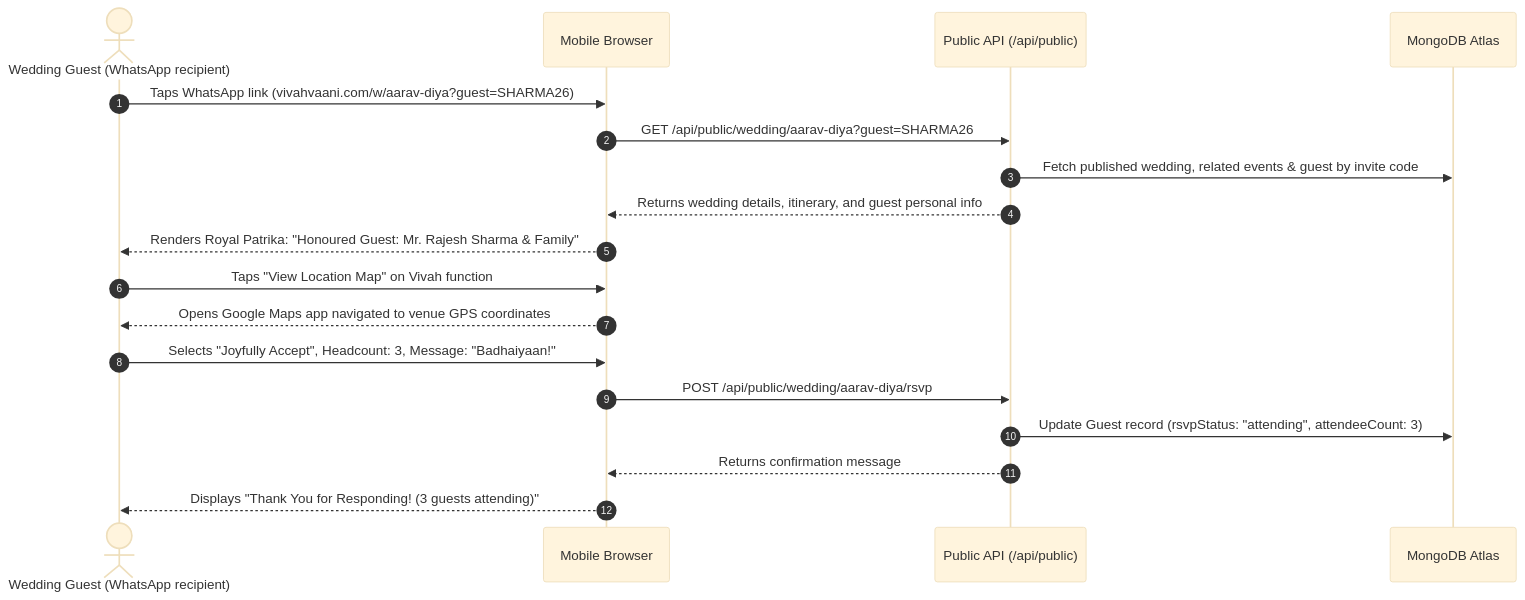
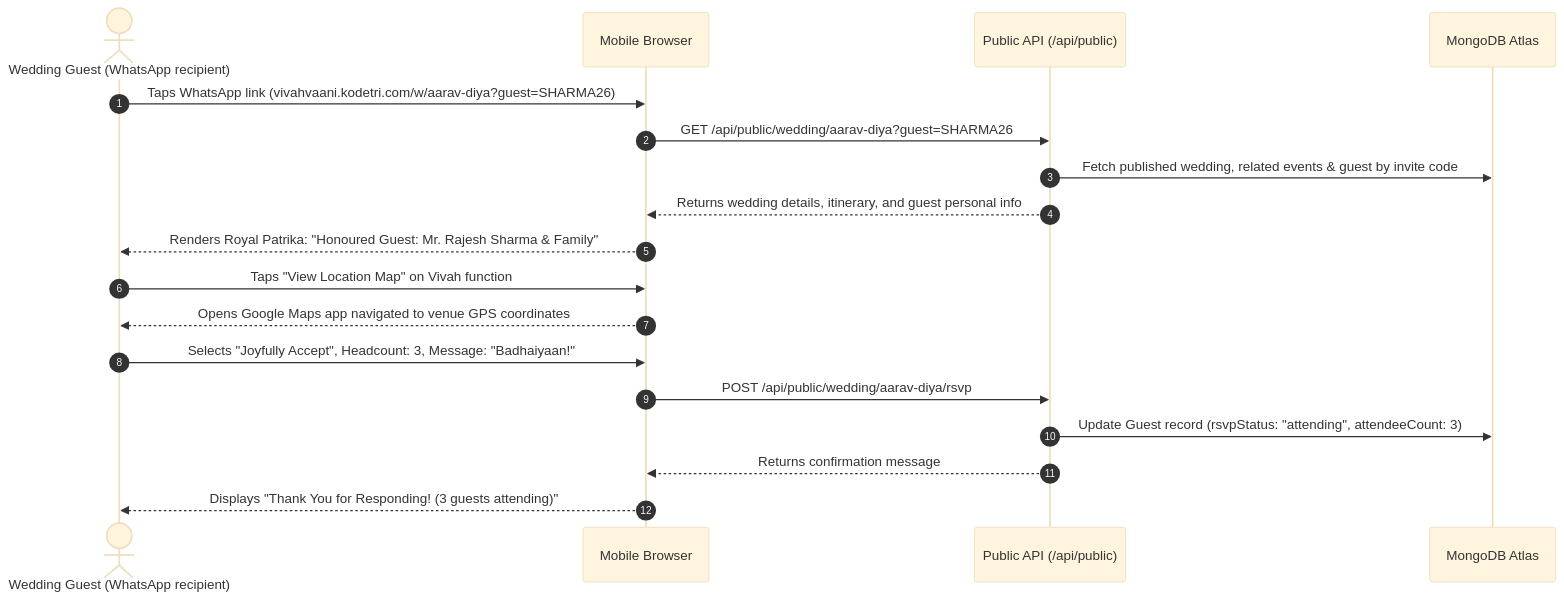
Before and after one commit to kodetritechnologies/wedding-invitation: the fourth of 5 diagrams in PROJECT_OVERVIEW.md, drawn with Mermaid (base theme). The commit also changed other lines of this file and 89 other files, not shown here.

````diff
--- a/PROJECT_OVERVIEW.md
+++ b/PROJECT_OVERVIEW.md
@@ -338,23 +338,23 @@
 ```mermaid
 sequenceDiagram
     autonumber
     actor Guest as Wedding Guest (WhatsApp recipient)
     participant Browser as Mobile Browser
     participant API as Public API (/api/public)
     participant DB as MongoDB Atlas
 
-    Guest->>Browser: Taps WhatsApp link (vivahvaani.com/w/aarav-diya?guest=SHARMA26)
+    Guest->>Browser: Taps WhatsApp link (vivahvaani.kodetri.com/w/aarav-diya?guest=SHARMA26)
     Browser->>API: GET /api/public/wedding/aarav-diya?guest=SHARMA26
     API->>DB: Fetch published wedding, related events & guest by invite code
     API-->>Browser: Returns wedding details, itinerary, and guest personal info
     Browser-->>Guest: Renders Royal Patrika: "Honoured Guest: Mr. Rajesh Sharma & Family"
     
     Guest->>Browser: Taps "View Location Map" on Vivah function
     Browser-->>Guest: Opens Google Maps app navigated to venue GPS coordinates
     
     Guest->>Browser: Selects "Joyfully Accept", Headcount: 3, Message: "Badhaiyaan!"
     Browser->>API: POST /api/public/wedding/aarav-diya/rsvp
     API->>DB: Update Guest record (rsvpStatus: "attending", attendeeCount: 3)
     API-->>Browser: Returns confirmation message
     Browser-->>Guest: Displays "Thank You for Responding! (3 guests attending)"
 ```
````
